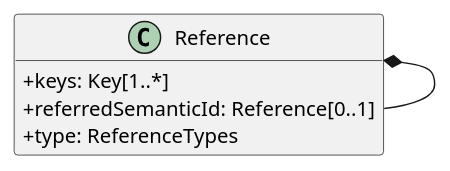
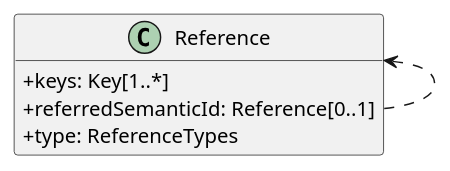
The diagram in output/classes/Reference.puml (zrgt/py2puml), drawn with PlantUML before and after one commit. The commit also changed 22 other files, not shown here.

```diff
--- a/output/classes/Reference.puml
+++ b/output/classes/Reference.puml
@@ -1,11 +1,11 @@
 @startuml
 skinparam classAttributeIconSize 0
 hide methods
 
 class Reference {
   +keys: Key[1..*] 
   +referredSemanticId: Reference[0..1] 
   +type: ReferenceTypes 
 }
-Reference *-- Reference
+Reference <.. Reference
 @enduml
```
